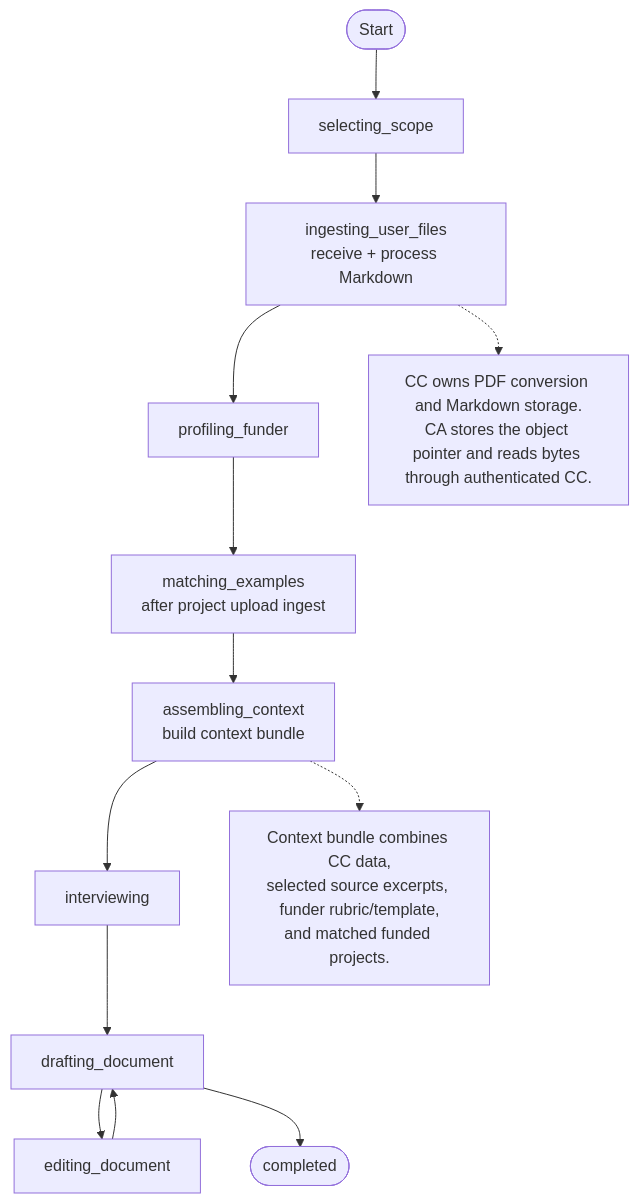
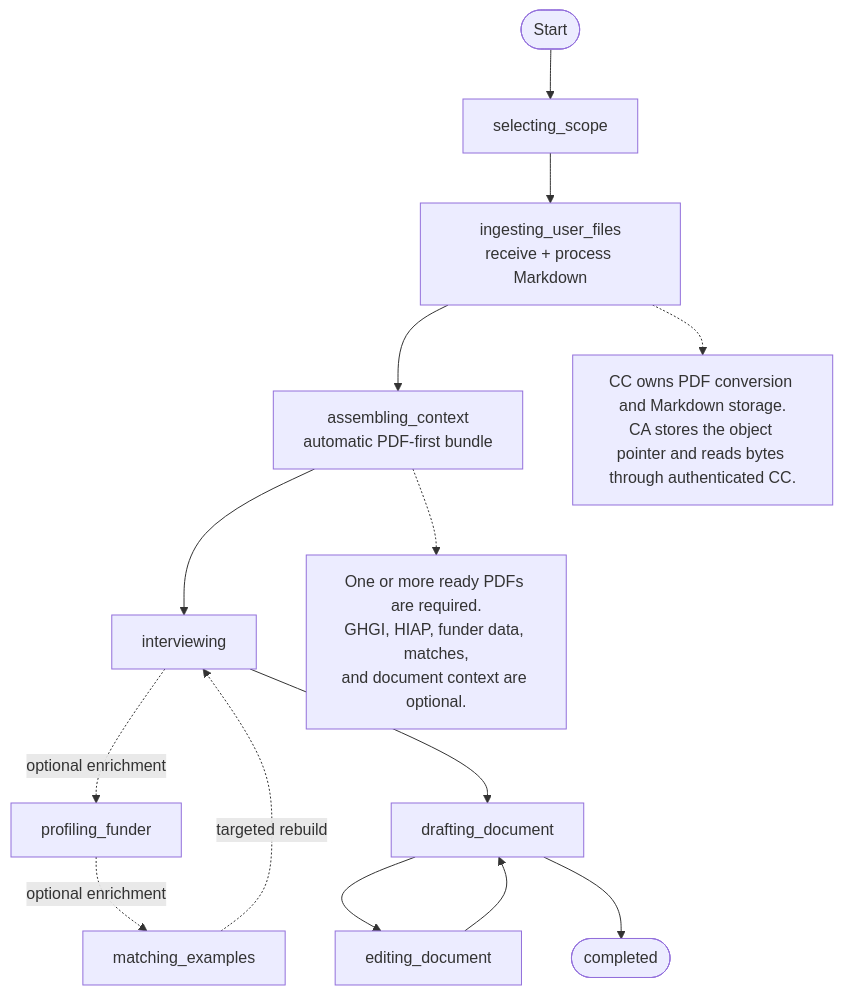
The fourth of 14 diagrams in docs/ConceptNoteBuilderArchitecture.md (Open-Earth-Foundation/CityCatalyst), drawn with Mermaid before and after one commit. The commit also changed other lines of this file and 39 other files, not shown here.

First line of the commit message:
CC-513 Assemble PDF-first context bundles (#3006)

````diff
--- a/docs/ConceptNoteBuilderArchitecture.md
+++ b/docs/ConceptNoteBuilderArchitecture.md
@@ -384,18 +395,19 @@
 ```mermaid
 flowchart TB
     Start([Start]) --> Scope["selecting_scope"]
     Scope --> Ingest["ingesting_user_files<br/>receive + process Markdown"]
-    Ingest --> Funder["profiling_funder"]
-    Funder --> Match["matching_examples<br/>after project upload ingest"]
-    Match --> Context["assembling_context<br/>build context bundle"]
+    Ingest --> Context["assembling_context<br/>automatic PDF-first bundle"]
     Context --> Interview["interviewing"]
+    Interview -. optional enrichment .-> Funder["profiling_funder"]
+    Funder -. optional enrichment .-> Match["matching_examples"]
+    Match -. targeted rebuild .-> Interview
     Interview --> Draft["drafting_document"]
     Draft --> Edit["editing_document"]
     Edit --> Draft
     Draft --> Complete([completed])
 
     IngestNote["CC owns PDF conversion and Markdown storage.<br/>CA stores the object pointer and reads bytes through authenticated CC."]
-    ContextNote["Context bundle combines CC data,<br/>selected source excerpts, funder rubric/template,<br/>and matched funded projects."]
+    ContextNote["One or more ready PDFs are required.<br/>GHGI, HIAP, funder data, matches,<br/>and document context are optional."]
     Ingest -.-> IngestNote
     Context -.-> ContextNote
 ```
````
